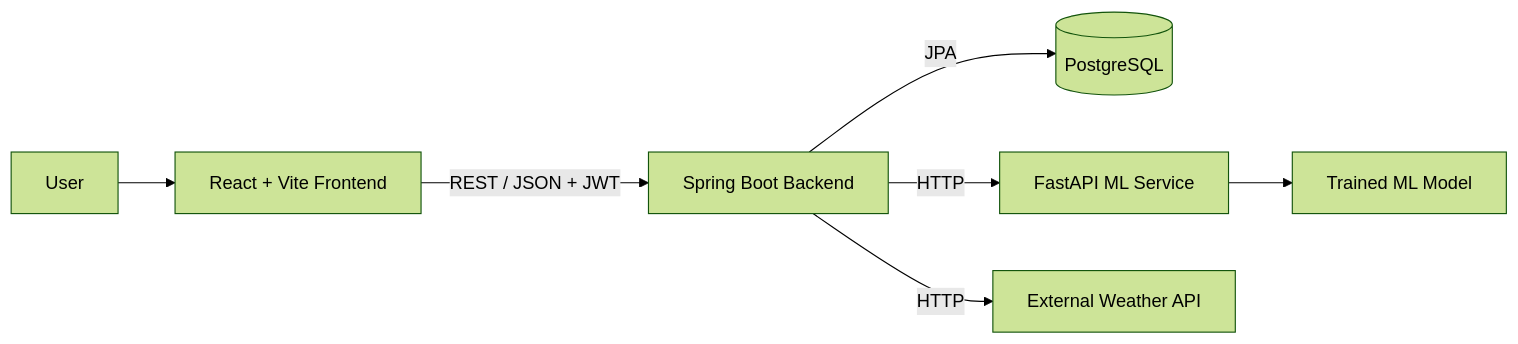
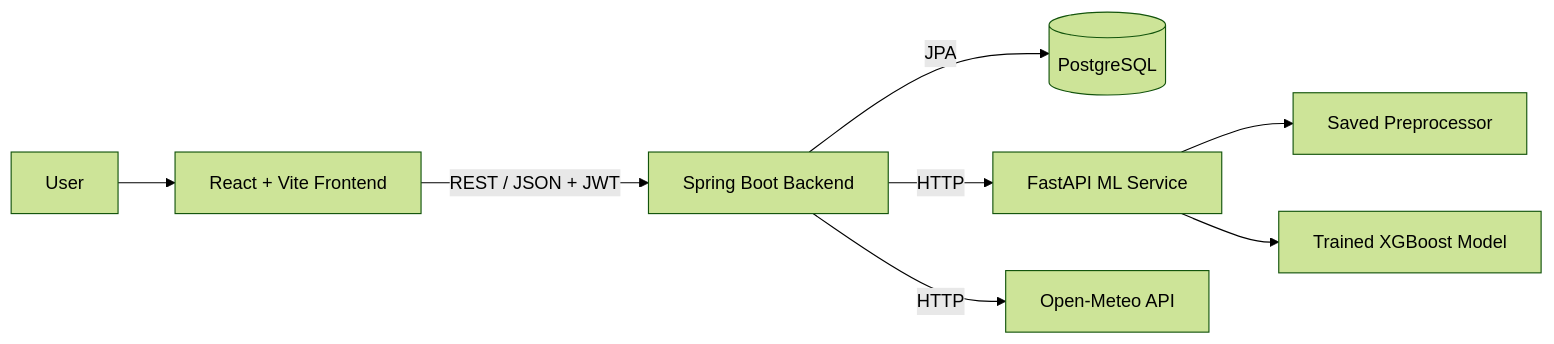
Before and after one commit to nikolasarafimov/agrisense-ai: the diagram in README.md, drawn with Mermaid (forest theme). The commit also changed other lines of this file and 52 other files, not shown here.

````diff
--- a/README.md
+++ b/README.md
@@ -119,12 +132,13 @@
 ```mermaid
 flowchart LR
     U[User] --> F[React + Vite Frontend]
 
     F -->|REST / JSON + JWT| B[Spring Boot Backend]
 
     B -->|JPA| DB[(PostgreSQL)]
     B -->|HTTP| ML[FastAPI ML Service]
-    B -->|HTTP| W[External Weather API]
+    B -->|HTTP| W[Open-Meteo API]
 
-    ML --> M[Trained ML Model]
+    ML --> P[Saved Preprocessor]
+    ML --> M[Trained XGBoost Model]
 ```
````
